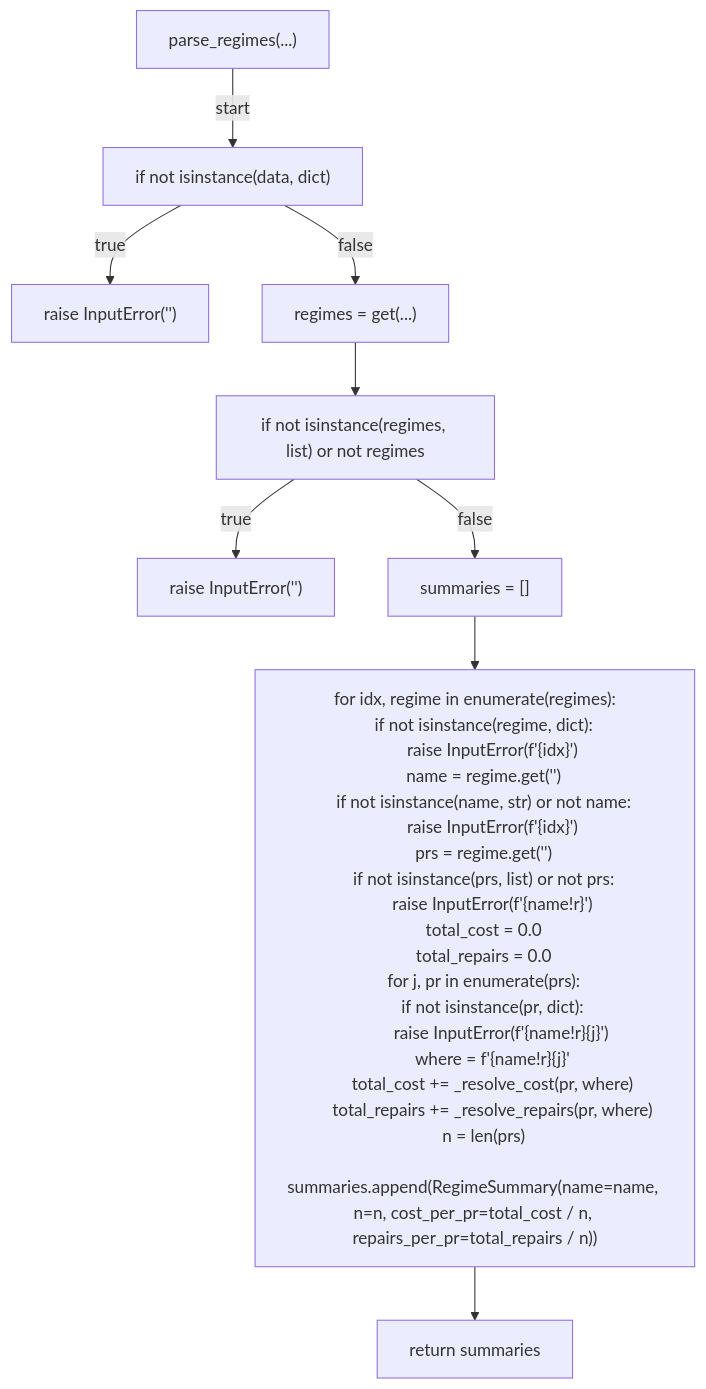
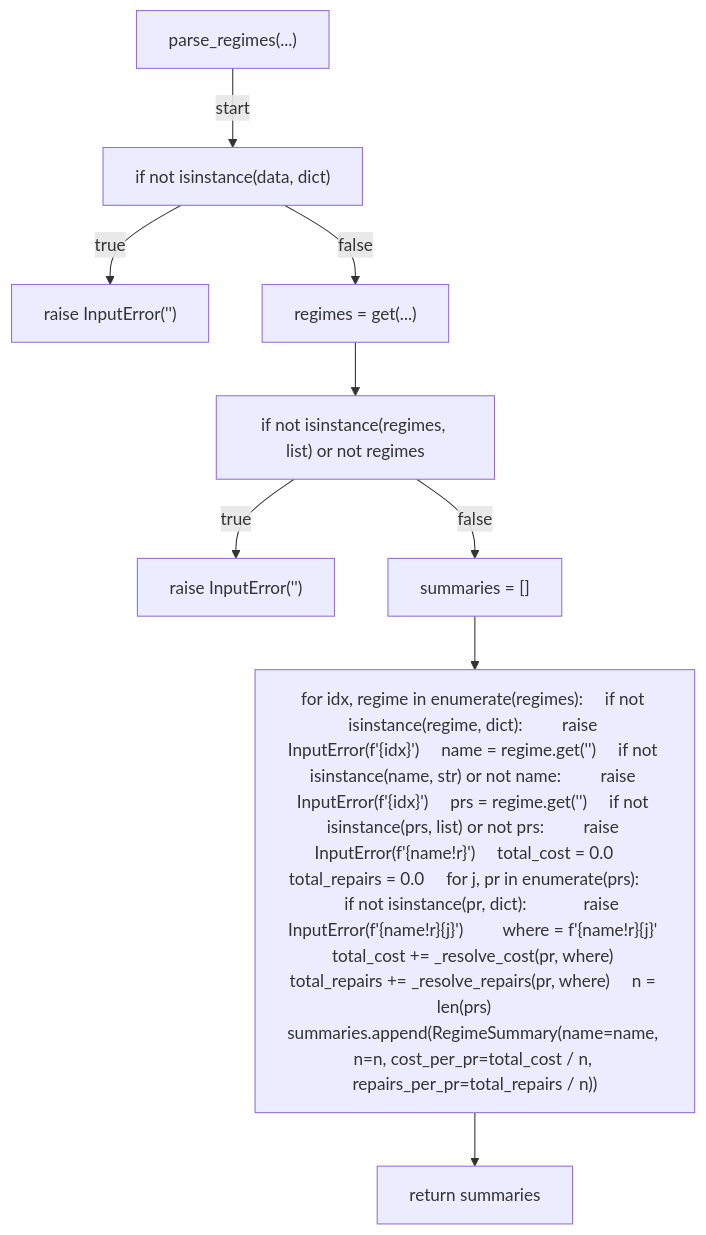
Before and after one commit to tvna/claude-md: the eighth of 13 diagrams in docs/generated/scripts/ast/compare_cache_regimes.md, drawn with Mermaid. The commit also changed other lines of this file and 30 other files, not shown here.

First line of the commit message:
docs(generated): regenerate decision tree and workflow diagrams (batch 2/5)

````diff
--- a/docs/generated/scripts/ast/compare_cache_regimes.md
+++ b/docs/generated/scripts/ast/compare_cache_regimes.md
@@ -149,38 +138,20 @@
 ```mermaid
 flowchart TD
     N001["parse_regimes(...)"]
     N002["if not isinstance(data, dict)"]
     N003["raise InputError('<str>')"]
     N004["regimes = get(...)"]
     N005["if not isinstance(regimes, list) or not regimes"]
     N006["raise InputError('<str>')"]
     N007["summaries = []"]
-    N008["for idx, regime in enumerate(regimes):
-    if not isinstance(regime, dict):
-        raise InputError(f'<str>{idx}<str>')
-    name = regime.get('<str>')
-    if not isinstance(name, str) or not name:
-        raise InputError(f'<str>{idx}<str>')
-    prs = regime.get('<str>')
-    if not isinstance(prs, list) or not prs:
-        raise InputError(f'<str>{name!r}<str>')
-    total_cost = 0.0
-    total_repairs = 0.0
-    for j, pr in enumerate(prs):
-        if not isinstance(pr, dict):
-            raise InputError(f'<str>{name!r}<str>{j}<str>')
-        where = f'<str>{name!r}<str>{j}<str>'
-        total_cost += _resolve_cost(pr, where)
-        total_repairs += _resolve_repairs(pr, where)
-    n = len(prs)
-    summaries.append(RegimeSummary(name=name, n=n, cost_per_pr=total_cost / n, repairs_per_pr=total_repairs / n))"]
+    N008["for idx, regime in enumerate(regimes):     if not isinstance(regime, dict):         raise InputError(f'<str>{idx}<str>')     name = regime.get('<str>')     if not isinstance(name, str) or not name:         raise InputError(f'<str>{idx}<str>')     prs = regime.get('<str>')     if not isinstance(prs, list) or not prs:         raise InputError(f'<str>{name!r}<str>')     total_cost = 0.0     total_repairs = 0.0     for j, pr in enumerate(prs):         if not isinstance(pr, dict):             raise InputError(f'<str>{name!r}<str>{j}<str>')         where = f'<str>{name!r}<str>{j}<str>'         total_cost += _resolve_cost(pr, where)         total_repairs += _resolve_repairs(pr, where)     n = len(prs)     summaries.append(RegimeSummary(name=name, n=n, cost_per_pr=total_cost / n, repairs_per_pr=total_repairs / n))"]
     N009["return summaries"]
     N001 -->|"start"| N002
     N002 -->|"true"| N003
     N002 -->|"false"| N004
     N004 --> N005
     N005 -->|"true"| N006
     N005 -->|"false"| N007
     N007 --> N008
     N008 --> N009
 ```
````
